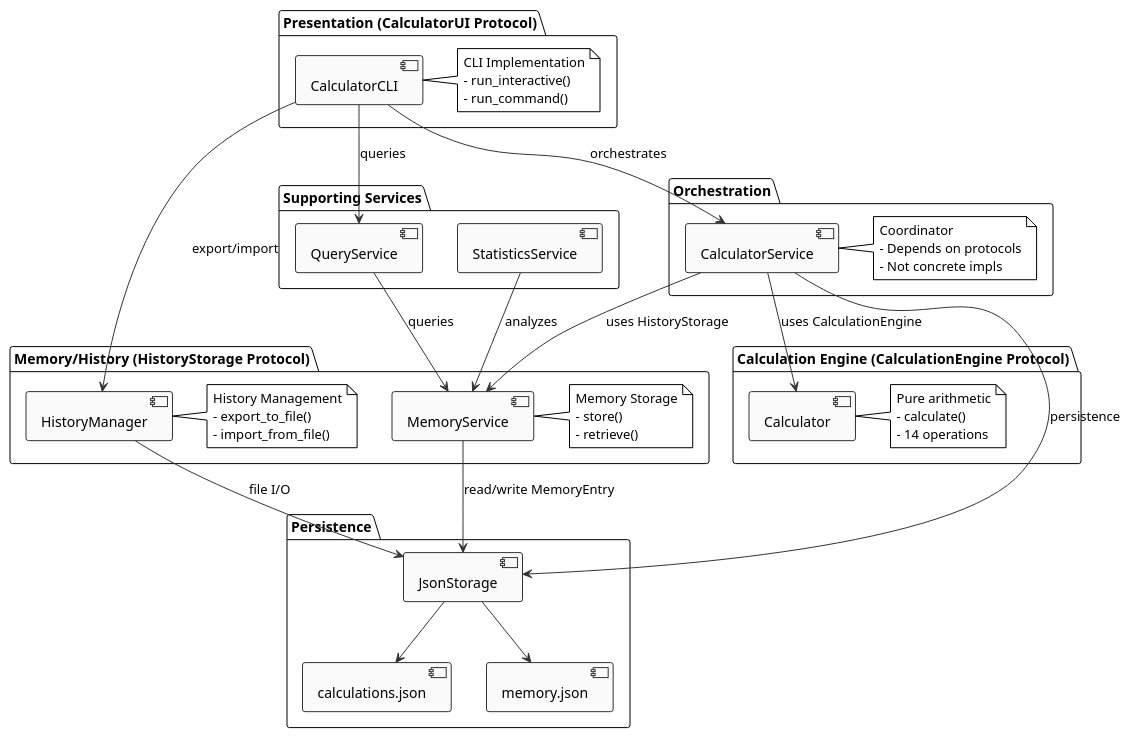
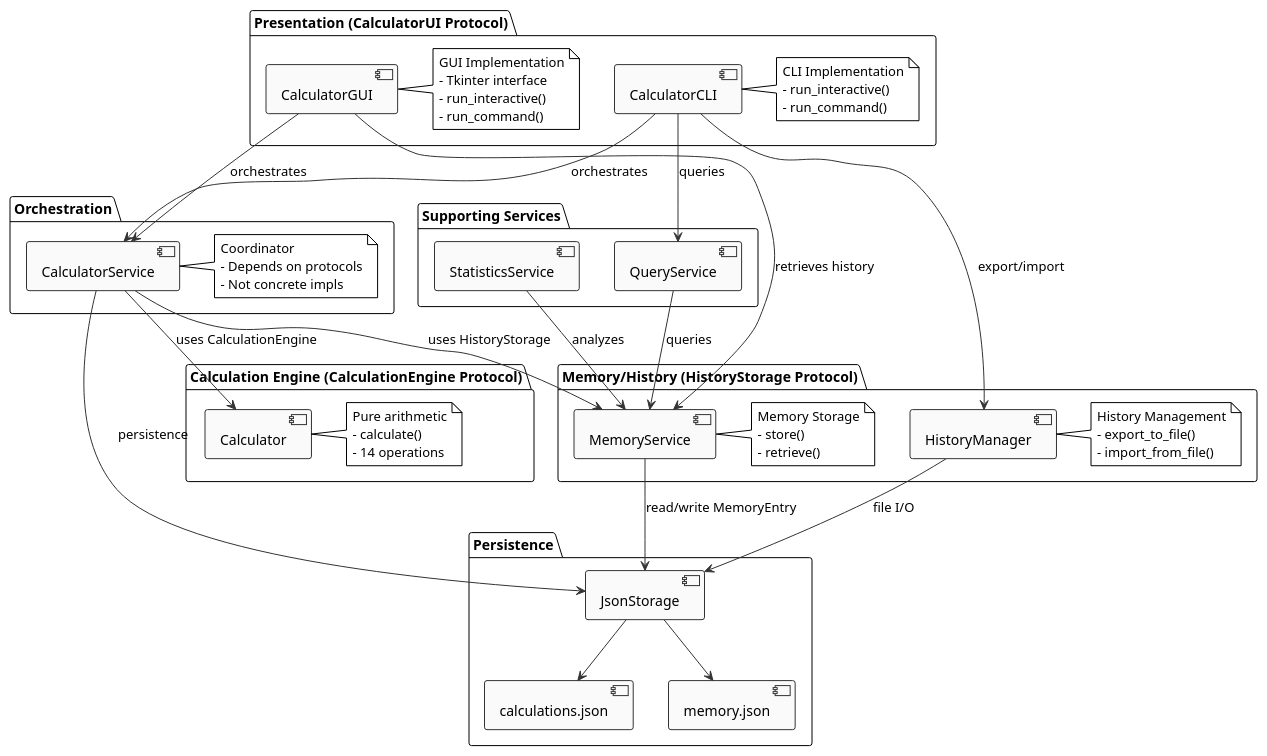
The diagram in experiments/broadcast/structured_text/calculator/artifacts/component_diagram.puml (DanielRiha8906/Software_autoevolution_using_agents), drawn with PlantUML before and after one commit. The commit also changed 3 other files, not shown here.

First line of the commit message:
Update diagrams to reflect GUI implementation

```diff
--- a/experiments/broadcast/structured_text/calculator/artifacts/component_diagram.puml
+++ b/experiments/broadcast/structured_text/calculator/artifacts/component_diagram.puml
@@ -1,79 +1,89 @@
 @startuml
 !theme plain
 skinparam componentBackgroundColor #FAFAFA
 skinparam componentBorderColor #333333
 skinparam arrowColor #333333
 skinparam fontName Courier
 
 package "Presentation (CalculatorUI Protocol)" as UI {
   component [CalculatorCLI] as CLI
+  component [CalculatorGUI] as GUI
   note right of CLI
     CLI Implementation
+    - run_interactive()
+    - run_command()
+  end note
+  note right of GUI
+    GUI Implementation
+    - Tkinter interface
     - run_interactive()
     - run_command()
   end note
 }
 
 package "Calculation Engine (CalculationEngine Protocol)" as Calc {
   component [Calculator] as CalcImpl
   note right of CalcImpl
     Pure arithmetic
     - calculate()
     - 14 operations
   end note
 }
 
 package "Memory/History (HistoryStorage Protocol)" as Mem {
   component [MemoryService] as MemSvc
   component [HistoryManager] as HistMgr
   note right of MemSvc
     Memory Storage
     - store()
     - retrieve()
   end note
   note right of HistMgr
     History Management
     - export_to_file()
     - import_from_file()
   end note
 }
 
 package "Orchestration" as Orch {
   component [CalculatorService] as CalcService
   note right of CalcService
     Coordinator
     - Depends on protocols
     - Not concrete impls
   end note
 }
 
 package "Supporting Services" as Support {
   component [QueryService] as QuerySvc
   component [StatisticsService] as StatsSvc
 }
 
 package "Persistence" as Persist {
   component [JsonStorage] as Storage
   component [calculations.json]
   component [memory.json]
 }
 
 ' Dependency relationships via protocols
 CLI --> CalcService: orchestrates
 CLI --> QuerySvc: queries
 CLI --> HistMgr: export/import
 
+GUI --> CalcService: orchestrates
+GUI --> MemSvc: retrieves history
+
 CalcService --> CalcImpl: uses CalculationEngine
 CalcService --> MemSvc: uses HistoryStorage
 CalcService --> Storage: persistence
 
 MemSvc --> Storage: read/write MemoryEntry
 HistMgr --> Storage: file I/O
 
 QuerySvc --> MemSvc: queries
 StatsSvc --> MemSvc: analyzes
 
 Storage --> calculations.json
 Storage --> memory.json
 
 @enduml
```
